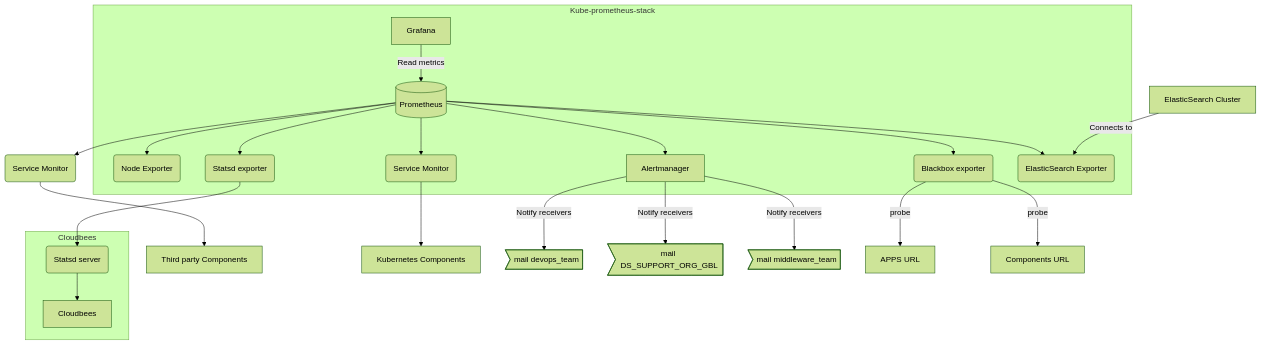
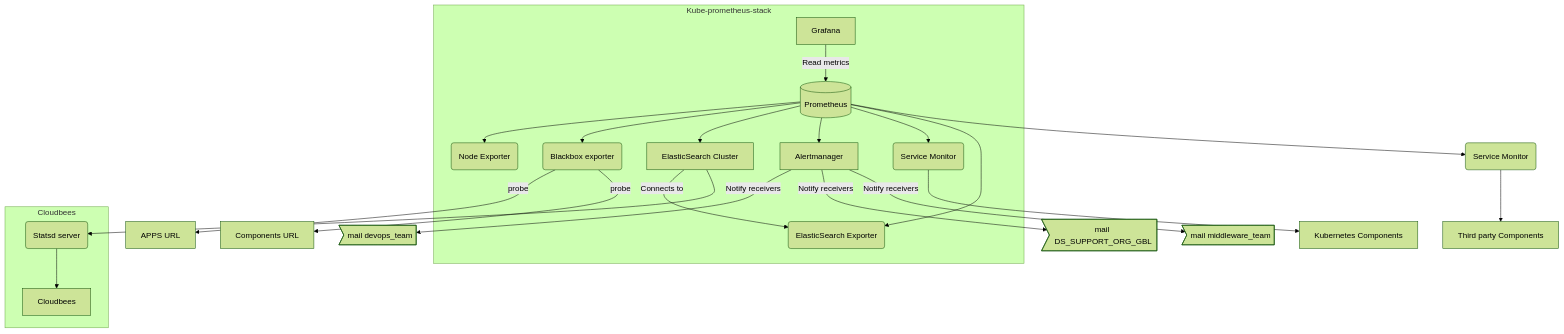
One commit to SavaiRavikiran/Monitoring_With_Prometheus-Grafana changed the first of 8 diagrams in Markdown1.md. Above: the diagram before and after it, drawn with Mermaid (forest theme).

````diff
--- a/Markdown1.md
+++ b/Markdown1.md
@@ -1,28 +1,28 @@
 ```mermaid
 graph TD
   subgraph "Kube-prometheus-stack"
     A[Grafana]-->|Read metrics| B[(Prometheus)]
     B --> C(Node Exporter)
     B --> D(Blackbox exporter)
     B --> E(Statsd exporter)
     B --> G[Alertmanager]
     B --> SM1(Service Monitor)
     B --> F(ElasticSearch Exporter)
   end
 
-  E1[ElasticSearch Cluster]-->|Connects to| F
+  E[ElasticSearch Cluster]-->|Connects to| F
   B --> SM2(Service Monitor)
   SM2 --> O[Third party Components]
   SM1 --> P[Kubernetes Components]
 
   G -->|Notify receivers| H>mail devops_team]
   G -->|Notify receivers| I>mail DS_SUPPORT_ORG_GBL]
   G -->|Notify receivers| J>mail middleware_team]
   D -->|probe| L[APPS URL]
   D -->|probe| M[Components URL]
 
   subgraph "Cloudbees"
     E --> N(Statsd server)
     N --> K[Cloudbees]
   end
 ```
````
